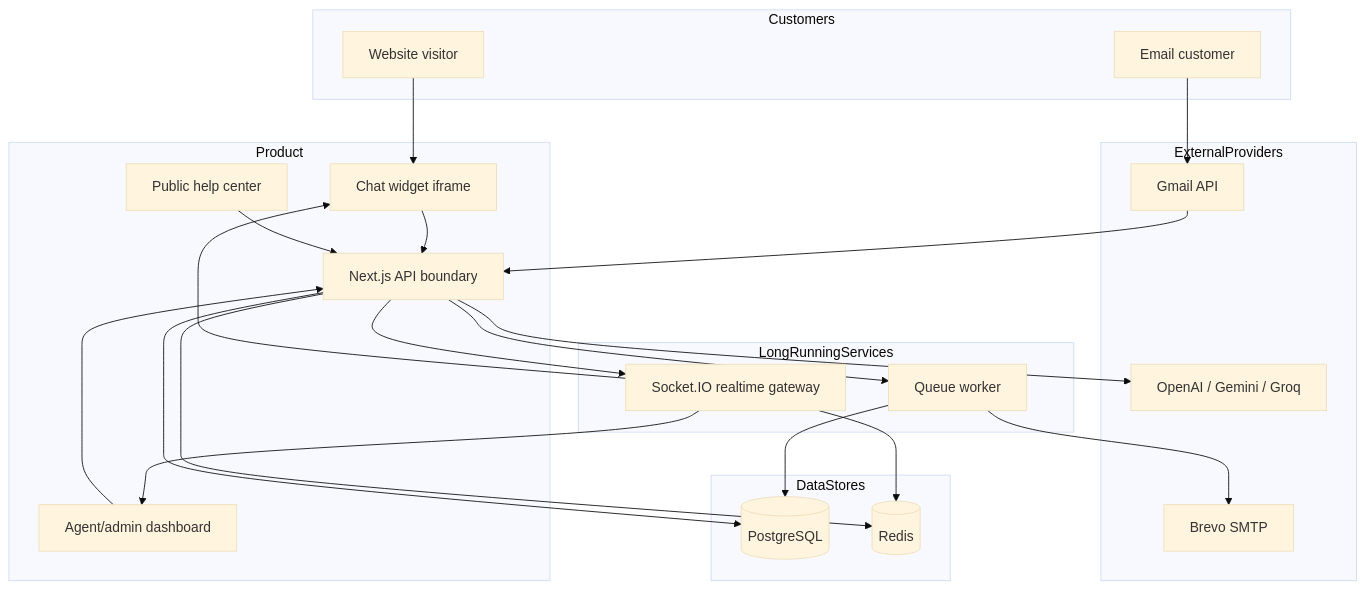
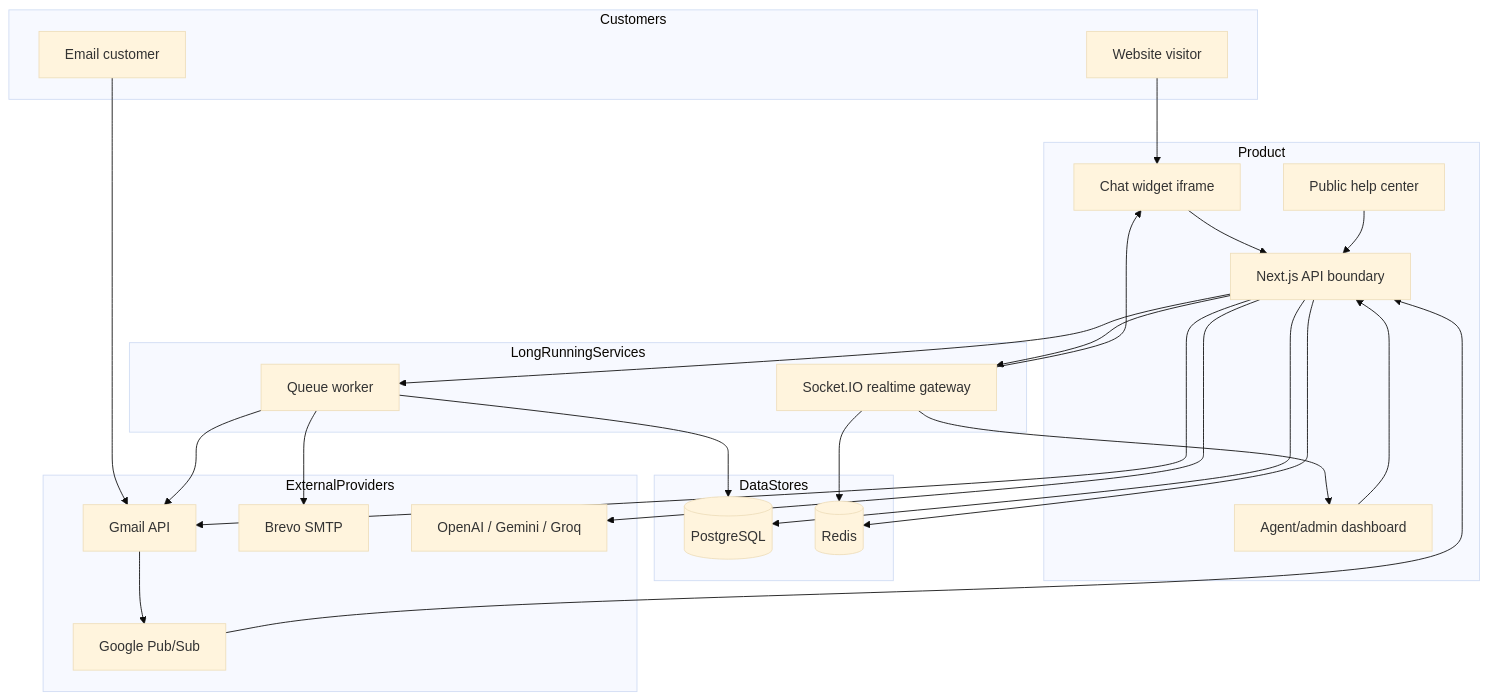
The second of 11 diagrams in README.md (swaritpatel/CustomerCommunicationPortal), drawn with Mermaid (base theme) before and after one commit. The commit also changed other lines of this file and 2 other files, not shown here.

Commit message:
Added Pub Sub For Gmail

````diff
--- a/README.md
+++ b/README.md
@@ -146,47 +153,51 @@
 ```mermaid
 flowchart TB
   subgraph Customers
     WebsiteVisitor[Website visitor]
     EmailCustomer[Email customer]
   end
 
   subgraph Product
     Widget[Chat widget iframe]
     Dashboard[Agent/admin dashboard]
     HelpCenter[Public help center]
     API[Next.js API boundary]
   end
 
   subgraph LongRunningServices
     RealtimeGateway[Socket.IO realtime gateway]
     QueueWorker[Queue worker]
   end
 
   subgraph DataStores
     Postgres[(PostgreSQL)]
     Redis[(Redis)]
   end
 
   subgraph ExternalProviders
     Gmail[Gmail API]
+    PubSub[Google Pub/Sub]
     SMTP[Brevo SMTP]
     AIProviders[OpenAI / Gemini / Groq]
   end
 
   WebsiteVisitor --> Widget
   Widget --> API
   EmailCustomer --> Gmail
-  Gmail --> API
+  Gmail --> PubSub
+  PubSub --> API
+  API --> Gmail
   Dashboard --> API
   HelpCenter --> API
   API --> Postgres
   API --> Redis
   API --> RealtimeGateway
   API --> QueueWorker
   QueueWorker --> SMTP
+  QueueWorker --> Gmail
   QueueWorker --> Postgres
   API --> AIProviders
   RealtimeGateway --> Redis
   RealtimeGateway --> Dashboard
   RealtimeGateway --> Widget
 ```
````
